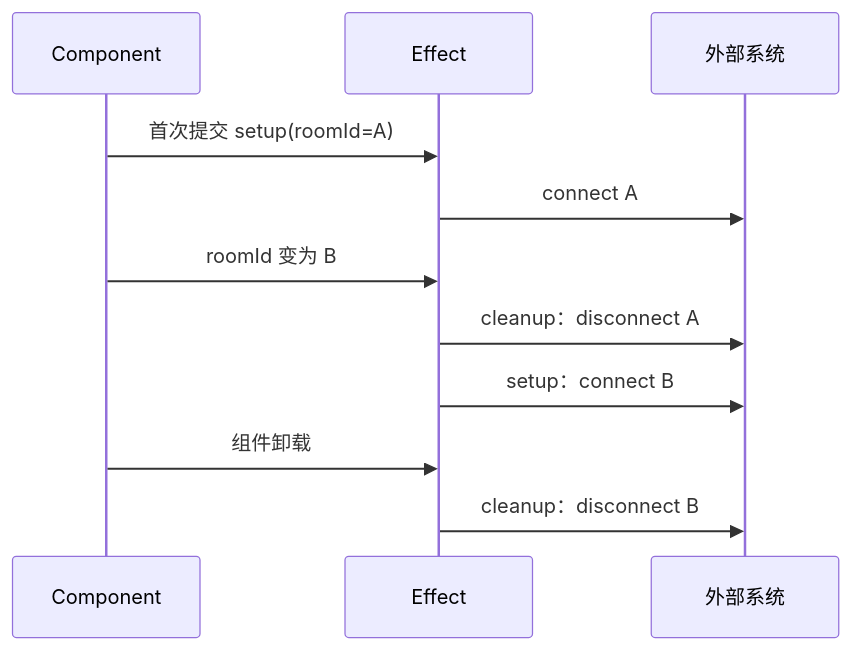
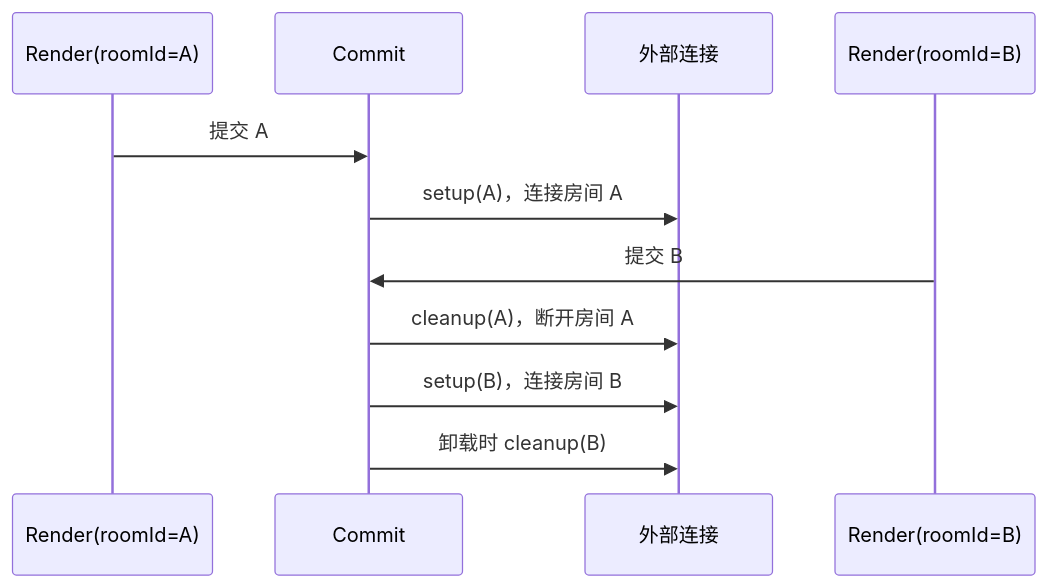
Before and after one commit to 2530622506/interView-writing-: the first of 3 diagrams in docs/react-interview/react-hooks-deep-dive.md, drawn with Mermaid. The commit also changed other lines of this file and 8 other files, not shown here.

````diff
--- a/docs/react-interview/react-hooks-deep-dive.md
+++ b/docs/react-interview/react-hooks-deep-dive.md
@@ -265,13 +430,14 @@
 ```mermaid
 sequenceDiagram
-  participant C as Component
-  participant E as Effect
-  participant X as 外部系统
-  C->>E: 首次提交 setup(roomId=A)
-  E->>X: connect A
-  C->>E: roomId 变为 B
-  E->>X: cleanup：disconnect A
-  E->>X: setup：connect B
-  C->>E: 组件卸载
-  E->>X: cleanup：disconnect B
+  participant R1 as Render(roomId=A)
+  participant C as Commit
+  participant X as 外部连接
+  participant R2 as Render(roomId=B)
+
+  R1->>C: 提交 A
+  C->>X: setup(A)，连接房间 A
+  R2->>C: 提交 B
+  C->>X: cleanup(A)，断开房间 A
+  C->>X: setup(B)，连接房间 B
+  C->>X: 卸载时 cleanup(B)
 ```
````
